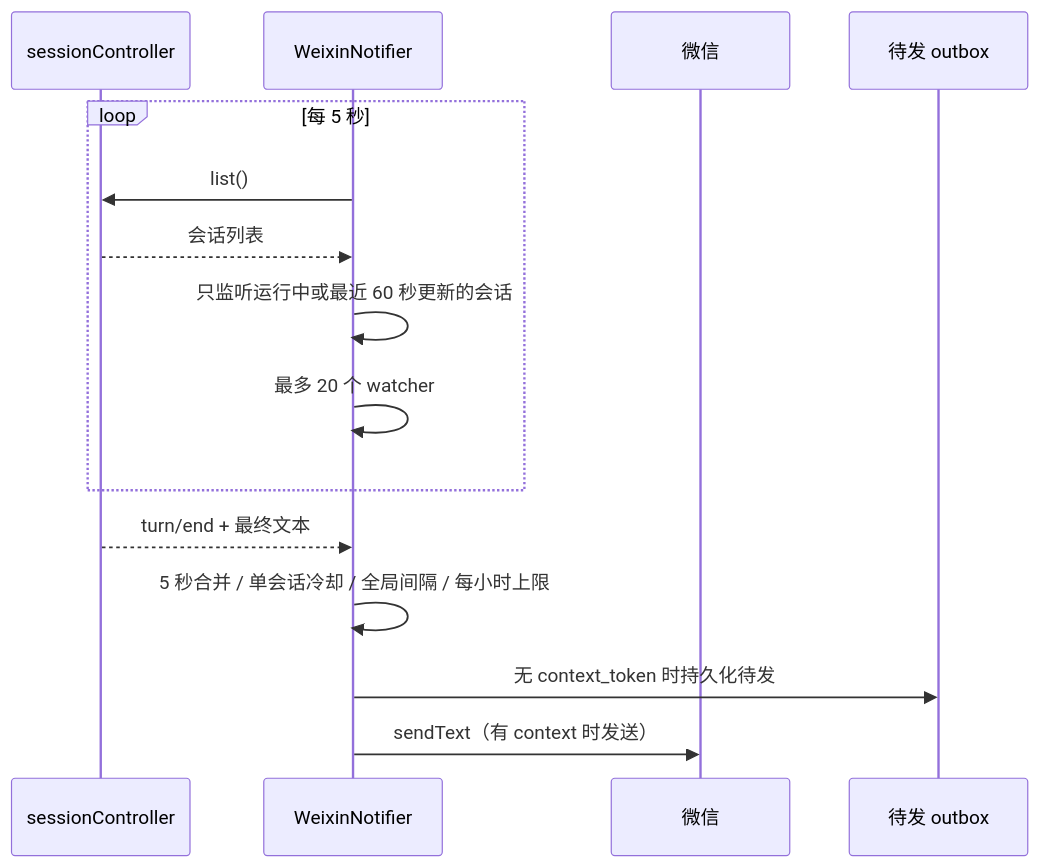
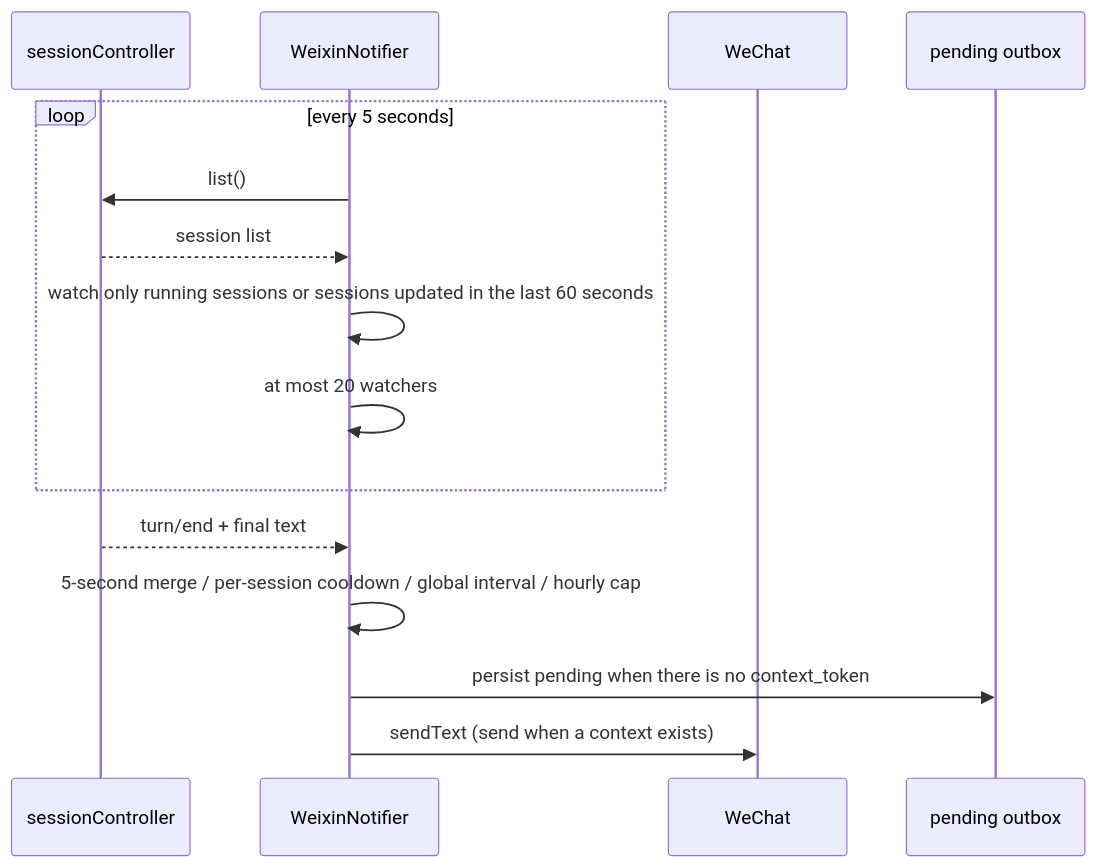
Before and after one commit to open2ai/dsh-gateway-mobile: the ninth of 10 diagrams in docs/architecture-flow.md, drawn with Mermaid. The commit also changed other lines of this file and 85 other files, not shown here.

````diff
--- a/docs/architecture-flow.md
+++ b/docs/architecture-flow.md
@@ -340,18 +342,18 @@
 ```mermaid
 sequenceDiagram
   participant C as sessionController
   participant N as WeixinNotifier
-  participant WX as 微信
-  participant S as 待发 outbox
+  participant WX as WeChat
+  participant S as pending outbox
 
-  loop 每 5 秒
+  loop every 5 seconds
     N->>C: list()
-    C-->>N: 会话列表
-    N->>N: 只监听运行中或最近 60 秒更新的会话
-    N->>N: 最多 20 个 watcher
+    C-->>N: session list
+    N->>N: watch only running sessions or sessions updated in the last 60 seconds
+    N->>N: at most 20 watchers
   end
-  C-->>N: turn/end + 最终文本
-  N->>N: 5 秒合并 / 单会话冷却 / 全局间隔 / 每小时上限
-  N->>S: 无 context_token 时持久化待发
-  N->>WX: sendText（有 context 时发送）
+  C-->>N: turn/end + final text
+  N->>N: 5-second merge / per-session cooldown / global interval / hourly cap
+  N->>S: persist pending when there is no context_token
+  N->>WX: sendText (send when a context exists)
 ```
````
